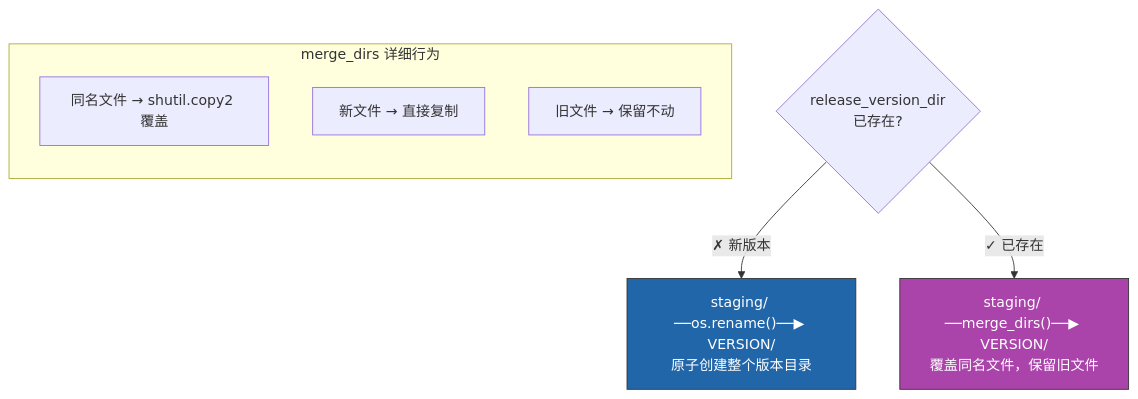
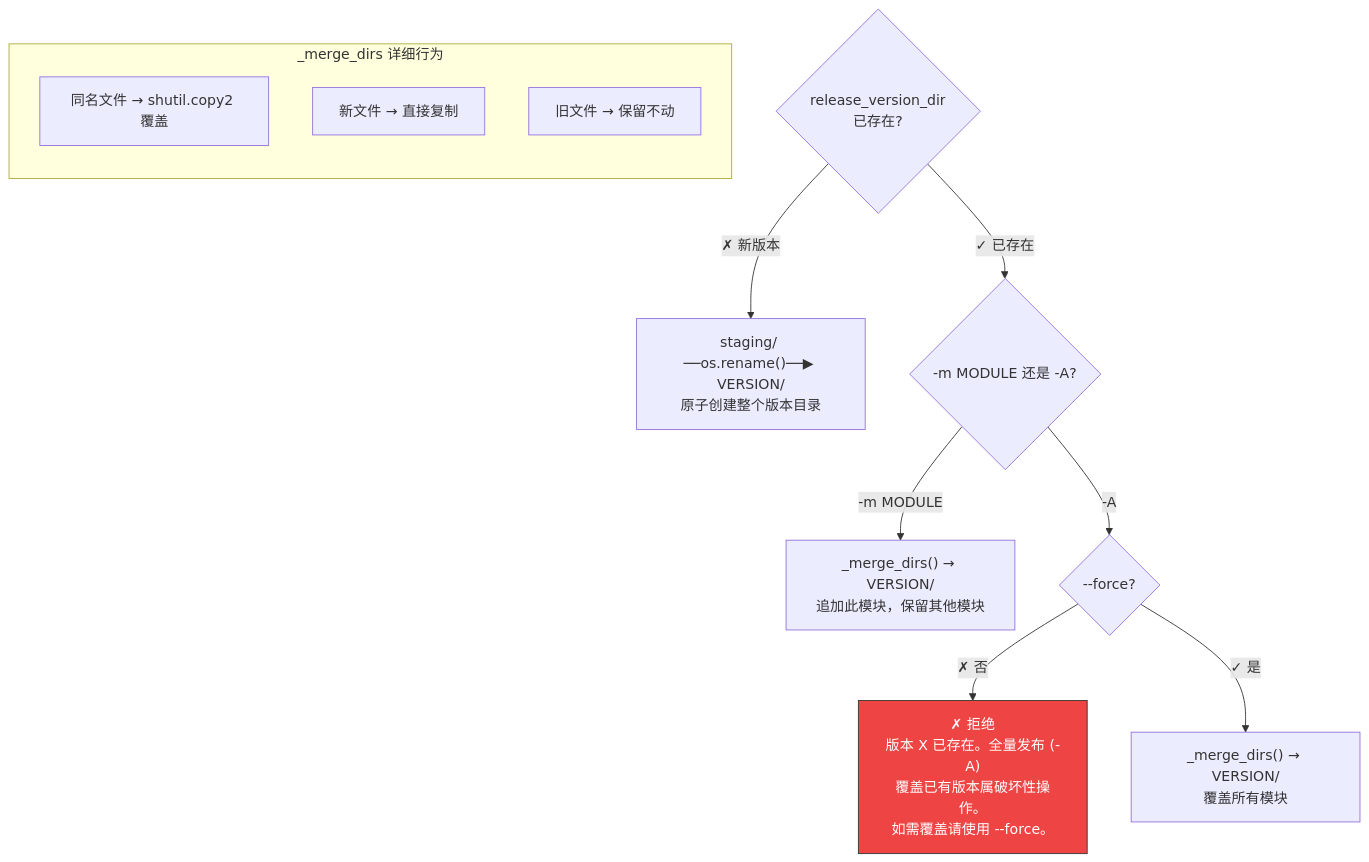
Before and after one commit to winsight/ddm: diagram 12 of 17 in docs/WORKFLOWS.md, drawn with Mermaid. The commit also changed other lines of this file and 1 other file, not shown here.

Commit message:
docs: update WORKFLOWS and filebox skill for recent changes
- WORKFLOWS: add -A --force override flow diagram for version overwrite
- filebox-upload skill: update site URL to :8443 port

````diff
--- a/docs/WORKFLOWS.md
+++ b/docs/WORKFLOWS.md
@@ -488,16 +490,19 @@
 ```mermaid
 flowchart TD
     VCHECK{"release_version_dir<br/>已存在?"}
     VCHECK -->|"✗ 新版本"| NEW_VER["staging/ ──os.rename()──▶ VERSION/<br/>原子创建整个版本目录"]
-    VCHECK -->|"✓ 已存在"| MERGE["staging/ ──merge_dirs()──▶ VERSION/<br/>覆盖同名文件，保留旧文件"]
+    VCHECK -->|"✓ 已存在"| MODE{"-m MODULE 还是 -A?"}
+    MODE -->|"-m MODULE"| MERGE["_merge_dirs() → VERSION/<br/>追加此模块，保留其他模块"]
+    MODE -->|"-A"| BLOCK{"--force?"}
+    BLOCK -->|"✗ 否"| REJECT["✗ 拒绝<br/>版本 X 已存在。全量发布 (-A)<br/>覆盖已有版本属破坏性操作。<br/>如需覆盖请使用 --force。"]
+    BLOCK -->|"✓ 是"| OVERWRITE["_merge_dirs() → VERSION/<br/>覆盖所有模块"]
 
-    subgraph MERGE_DETAIL["merge_dirs 详细行为"]
+    subgraph MERGE_DETAIL["_merge_dirs 详细行为"]
         direction TB
         M1["同名文件 → shutil.copy2 覆盖"]
         M2["新文件 → 直接复制"]
         M3["旧文件 → 保留不动"]
     end
 
-    style NEW_VER fill:#26a,stroke:#333,color:#fff
-    style MERGE fill:#a4a,stroke:#333,color:#fff
+    style REJECT fill:#e44,stroke:#333,color:#fff
 ```
````
